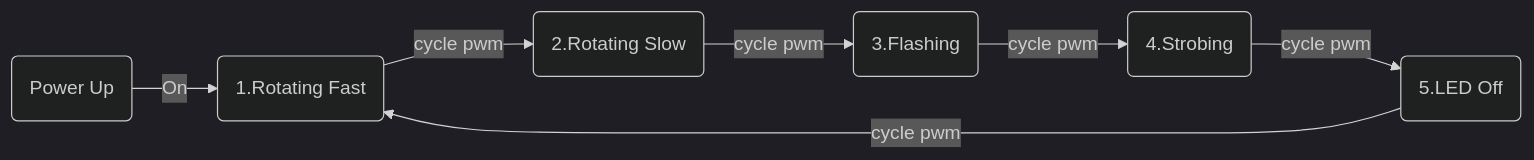
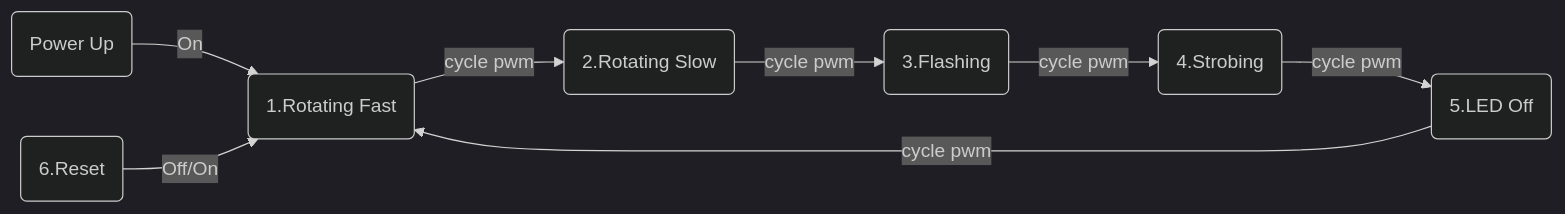
Before and after one commit to Pet-Series/pet_ros2_lightbeacon_pkg: the diagram in README.md, drawn with Mermaid (dark theme).

Commit message:
Updated README.md with additional mermaid-diagram

````diff
--- a/README.md
+++ b/README.md
@@ -17,9 +17,10 @@
 ```mermaid
 flowchart LR
     A(Power Up)-->|On| B(1.Rotating Fast)
+    R(6.Reset)   -->|Off/On|B(1.Rotating Fast)
     B --> |cycle pwm|C(2.Rotating Slow)
     C --> |cycle pwm|D(3.Flashing)
     D --> |cycle pwm|E(4.Strobing)
     E --> |cycle pwm|F(5.LED Off)
     F --> |cycle pwm|B
 ```
````
